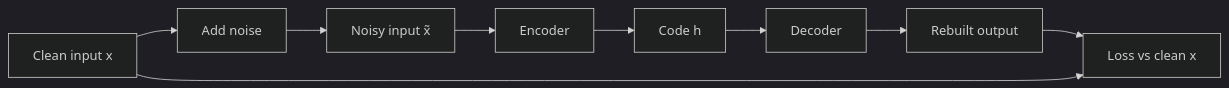
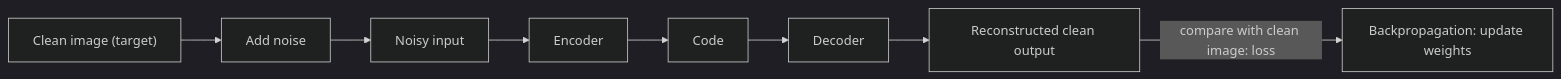
One commit to TrendySloth1001/sem-seven-notes changed the diagram in content/deep-learning/pyq/2023-12/q1d.mdx. Above: the diagram before and after it, drawn with Mermaid (dark theme). The commit also changed other lines of this file and 254 other files, not shown here.

Commit message:
Rewrite the backpropagation, gradient descent, regularization and autoencoder notes and their 29 answers from the teachers' class files. They use 185 teacher figures with class-notes citations only, and correct the AdaGrad, RMSProp, Nesterov and batch-norm numbers on the slides.

````diff
--- a/content/deep-learning/pyq/2023-12/q1d.mdx
+++ b/content/deep-learning/pyq/2023-12/q1d.mdx
@@ -19,12 +13,11 @@
 ```mermaid
-%% caption: The loss compares the rebuilt output with the clean input, not with the noisy one.
+%% caption: A denoising autoencoder. The input is noisy but the loss is calculated against the clean image.
 flowchart LR
-  X["Clean input x"] --> N["Add noise"]
-  N --> XT["Noisy input x̃"]
-  XT --> E["Encoder"]
-  E --> H["Code h"]
-  H --> D["Decoder"]
-  D --> R["Rebuilt output"]
-  R --> L["Loss vs clean x"]
-  X --> L
+  A["Clean image (target)"] --> B["Add noise"]
+  B --> C["Noisy input"]
+  C --> D["Encoder"]
+  D --> E["Code"]
+  E --> F["Decoder"]
+  F --> G["Reconstructed clean output"]
+  G -->|"compare with clean image: loss"| H["Backpropagation: update weights"]
 ```
````
